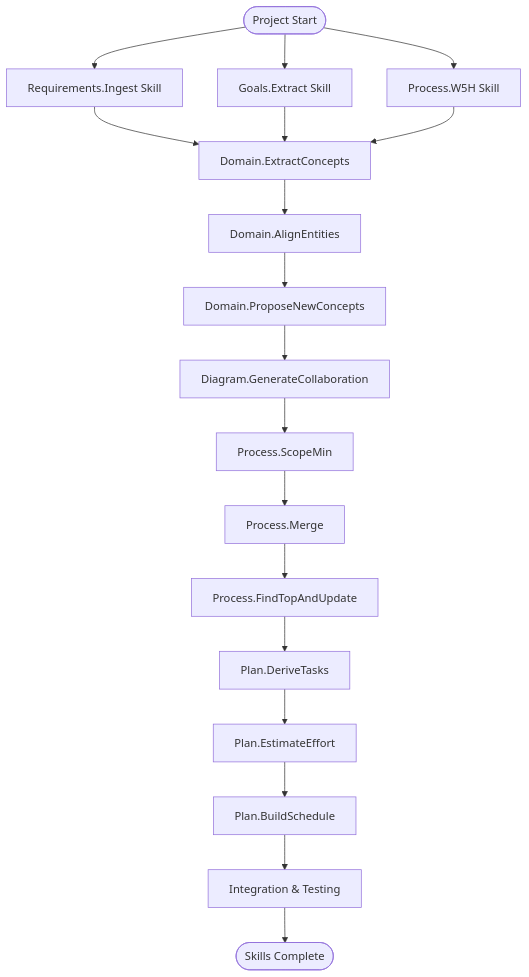
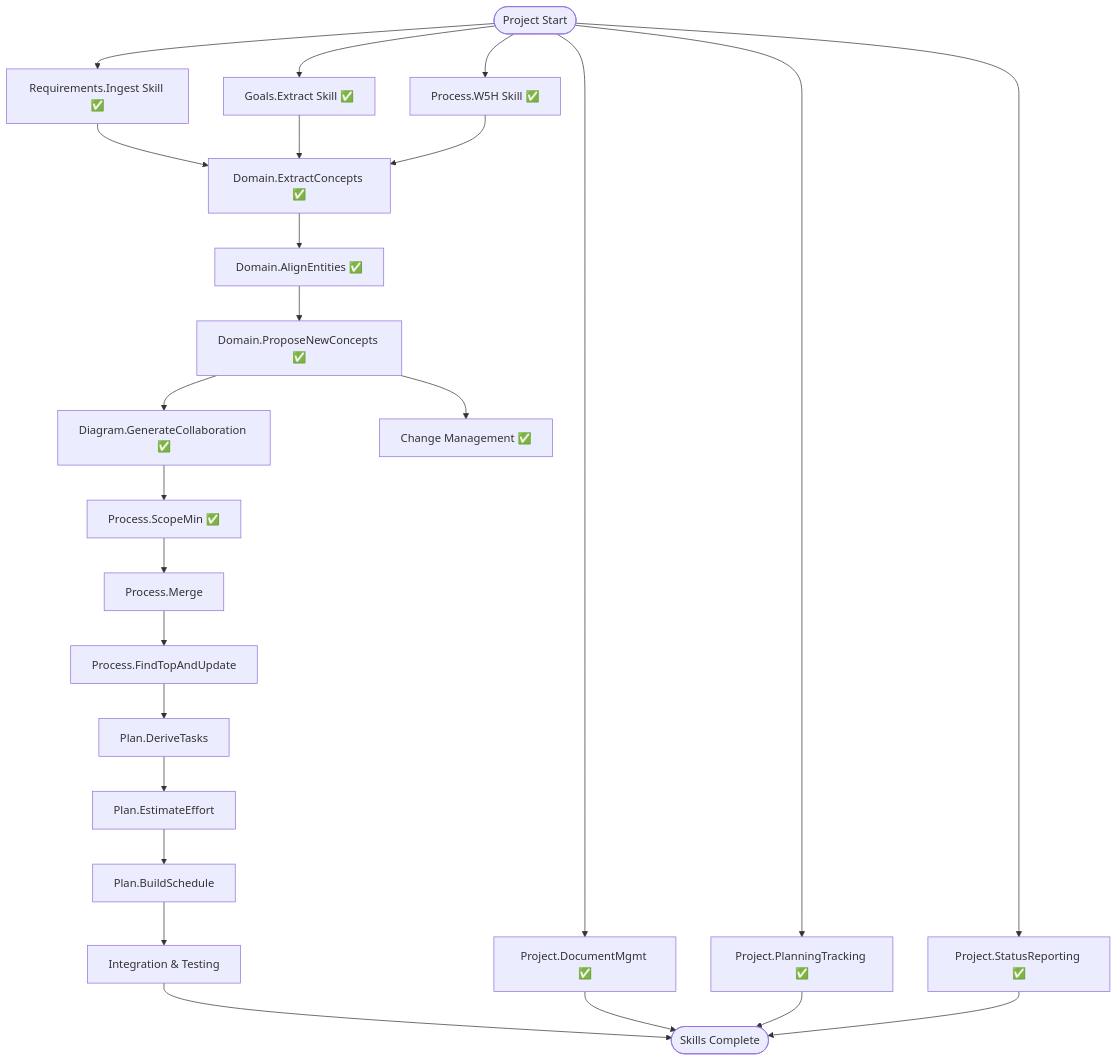
Before and after one commit to zhongadamwang/AI_Slowcooker: the diagram in OrgDocument/projects/01 - Building Skills/project-plan.md, drawn with Mermaid. The commit also changed other lines of this file and 1 other file, not shown here.

Commit message:
Update project status

````diff
--- a/OrgDocument/projects/01 - Building Skills/project-plan.md
+++ b/OrgDocument/projects/01 - Building Skills/project-plan.md
@@ -45,20 +48,27 @@
 ```mermaid
 graph TD
-    Start([Project Start]) --> T2[Requirements.Ingest Skill]
-    Start --> T3[Goals.Extract Skill]
-    Start --> T4[Process.W5H Skill]
-    T2 --> T5[Domain.ExtractConcepts]
+    Start([Project Start]) --> T2[Requirements.Ingest Skill ✅]
+    Start --> T3[Goals.Extract Skill ✅]
+    Start --> T4[Process.W5H Skill ✅]
+    T2 --> T5[Domain.ExtractConcepts ✅]
     T3 --> T5
     T4 --> T5
-    T5 --> T6[Domain.AlignEntities]
-    T6 --> T7[Domain.ProposeNewConcepts]
-    T7 --> T8[Diagram.GenerateCollaboration]
-    T8 --> T9[Process.ScopeMin]
+    T5 --> T6[Domain.AlignEntities ✅]
+    T6 --> T7[Domain.ProposeNewConcepts ✅]
+    T7 --> T8[Diagram.GenerateCollaboration ✅]
+    T8 --> T9[Process.ScopeMin ✅]
+    T7 --> T16[Change Management ✅]
     T9 --> T10[Process.Merge]
     T10 --> T11[Process.FindTopAndUpdate]
     T11 --> T12[Plan.DeriveTasks]
     T12 --> T13[Plan.EstimateEffort]
     T13 --> T14[Plan.BuildSchedule]
     T14 --> T15[Integration & Testing]
     T15 --> End([Skills Complete])
+    Start --> P1[Project.DocumentMgmt ✅]
+    Start --> P2[Project.PlanningTracking ✅]
+    Start --> P3[Project.StatusReporting ✅]
+    P1 --> End
+    P2 --> End  
+    P3 --> End
 ```
````
